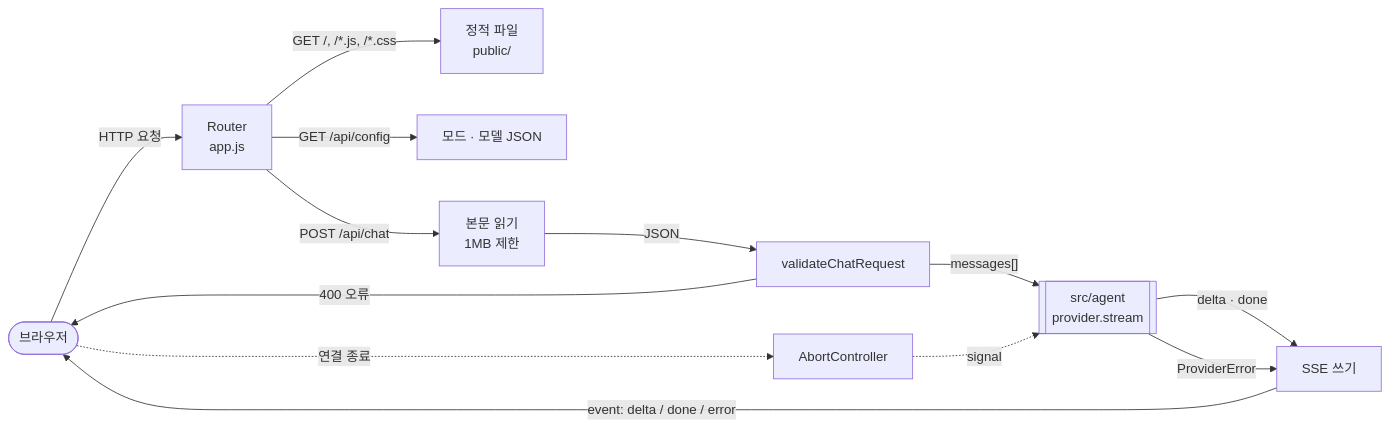
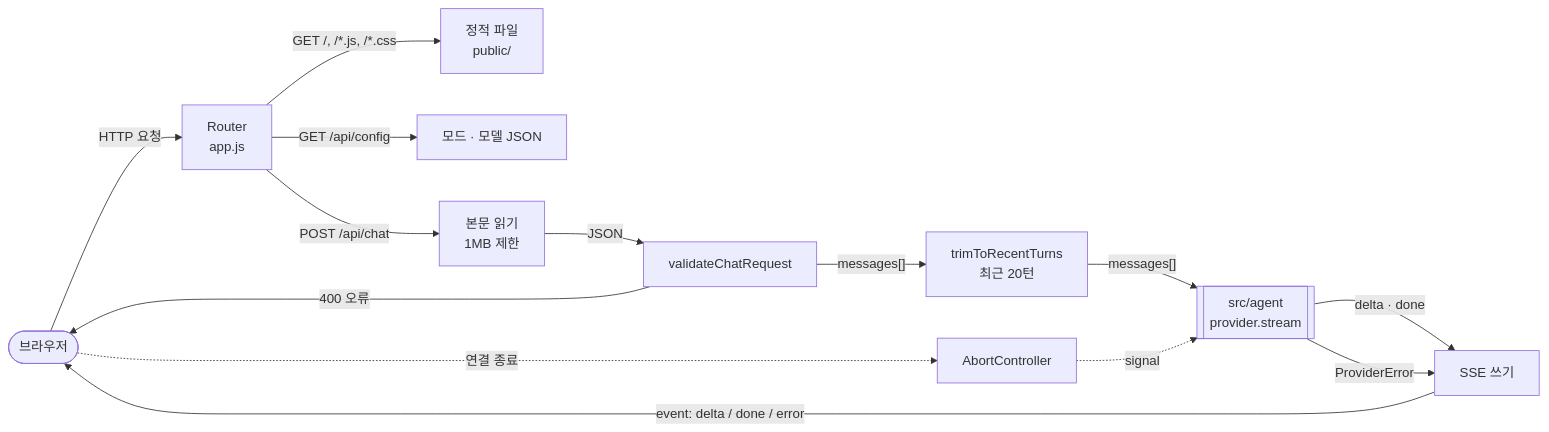
One commit to kimtaesung98/ai-agent-chat-demo changed the diagram in src/server/README.md. Above: the diagram before and after it, drawn with Mermaid. The commit also changed other lines of this file and 10 other files, not shown here.

First line of the commit message:
feat: F-002 keep conversation context (recent 20 turns, new chat)

````diff
--- a/src/server/README.md
+++ b/src/server/README.md
@@ -30,15 +30,16 @@
 ```mermaid
 flowchart LR
     Browser([브라우저]) -->|"HTTP 요청"| Router[Router<br>app.js]
     Router -->|"GET /, /*.js, /*.css"| Static[정적 파일<br>public/]
     Router -->|"GET /api/config"| Config[모드 · 모델 JSON]
     Router -->|"POST /api/chat"| Body[본문 읽기<br>1MB 제한]
     Body -->|"JSON"| Validate[validateChatRequest]
     Validate -->|"400 오류"| Browser
-    Validate -->|"messages[]"| Agent[[src/agent<br>provider.stream]]
+    Validate -->|"messages[]"| Trim[trimToRecentTurns<br>최근 20턴]
+    Trim -->|"messages[]"| Agent[[src/agent<br>provider.stream]]
     Agent -->|"delta · done"| SSE[SSE 쓰기]
     Agent -->|"ProviderError"| SSE
     SSE -->|"event: delta / done / error"| Browser
     Browser -.->|"연결 종료"| Abort[AbortController]
     Abort -.->|"signal"| Agent
 ```
````
